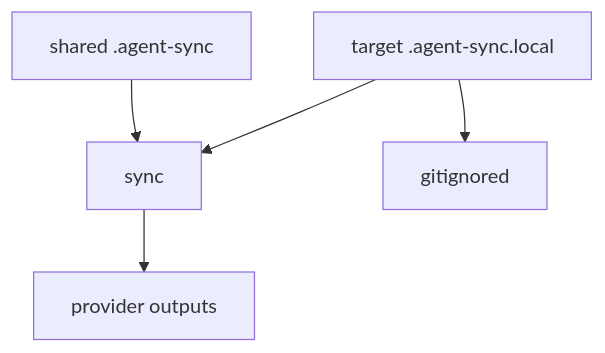
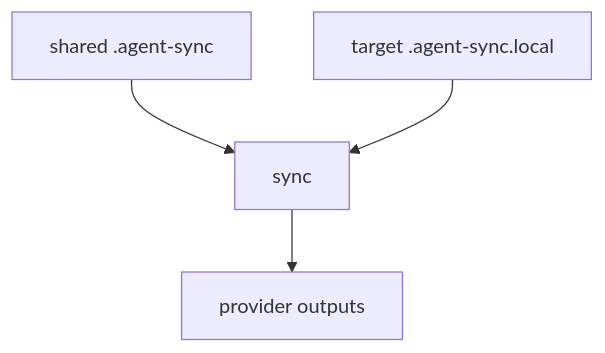
One commit to julien-m/livespec changed the third of 3 diagrams in .specs/features/050-agent-sync-migration/spec.md. Above: the diagram before and after it, drawn with Mermaid. The commit also changed other lines of this file and 11 other files, not shown here.

````diff
--- a/.specs/features/050-agent-sync-migration/spec.md
+++ b/.specs/features/050-agent-sync-migration/spec.md
@@ -98,7 +99,6 @@
 ```mermaid
 flowchart TD
     A[shared .agent-sync] --> C[sync]
     B[target .agent-sync.local] --> C
     C --> D[provider outputs]
-    B --> E[gitignored]
 ```
````
